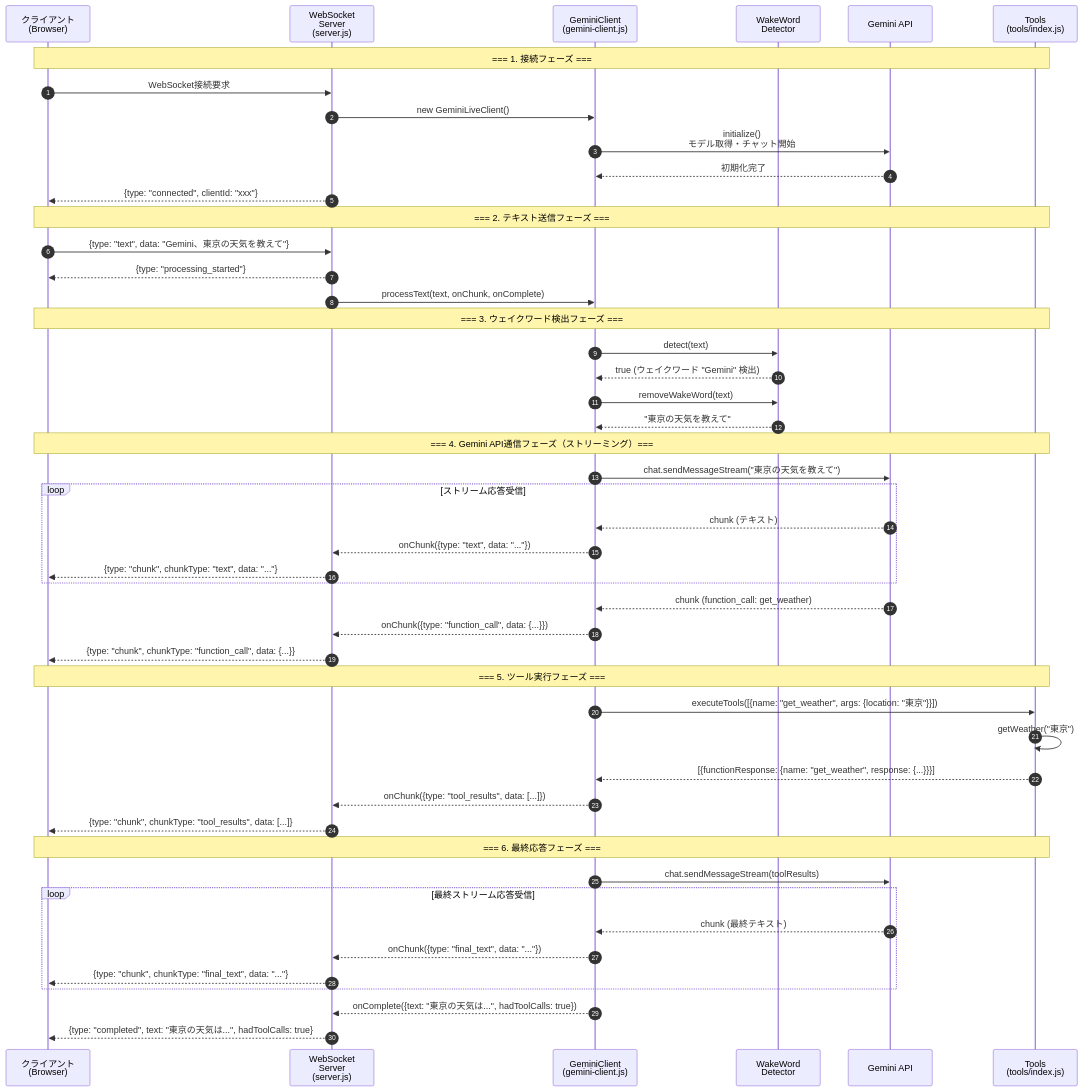
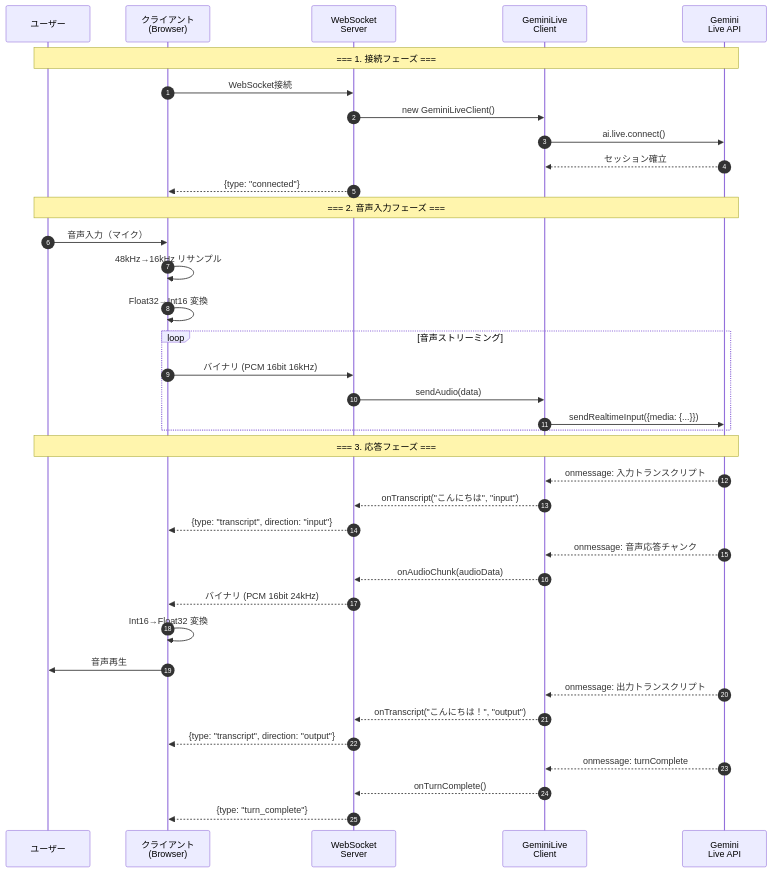
The first of 2 diagrams in voice-recognition-server/README.md (o0-sheeefk-0o/gemini-live-api-test), drawn with Mermaid before and after one commit. The commit also changed other lines of this file and 4 other files, not shown here.

Commit message:
gemini live implemented

````diff
--- a/voice-recognition-server/README.md
+++ b/voice-recognition-server/README.md
@@ -81,60 +74,46 @@
 ```mermaid
 sequenceDiagram
     autonumber
+    participant U as ユーザー
     participant C as クライアント<br/>(Browser)
-    participant WS as WebSocket<br/>Server<br/>(server.js)
-    participant GC as GeminiClient<br/>(gemini-client.js)
-    participant WD as WakeWord<br/>Detector
-    participant GA as Gemini API
-    participant T as Tools<br/>(tools/index.js)
+    participant WS as WebSocket<br/>Server
+    participant GC as GeminiLive<br/>Client
+    participant GA as Gemini<br/>Live API
 
-    Note over C,T: === 1. 接続フェーズ ===
-    C->>WS: WebSocket接続要求
+    Note over U,GA: === 1. 接続フェーズ ===
+    C->>WS: WebSocket接続
     WS->>GC: new GeminiLiveClient()
-    GC->>GA: initialize()<br/>モデル取得・チャット開始
-    GA-->>GC: 初期化完了
-    WS-->>C: {type: "connected", clientId: "xxx"}
+    GC->>GA: ai.live.connect()
+    GA-->>GC: セッション確立
+    WS-->>C: {type: "connected"}
 
-    Note over C,T: === 2. テキスト送信フェーズ ===
-    C->>WS: {type: "text", data: "Gemini、東京の天気を教えて"}
-    WS-->>C: {type: "processing_started"}
-    WS->>GC: processText(text, onChunk, onComplete)
+    Note over U,GA: === 2. 音声入力フェーズ ===
+    U->>C: 音声入力（マイク）
+    C->>C: 48kHz→16kHz リサンプル
+    C->>C: Float32→Int16 変換
 
-    Note over C,T: === 3. ウェイクワード検出フェーズ ===
-    GC->>WD: detect(text)
-    WD-->>GC: true (ウェイクワード "Gemini" 検出)
-    GC->>WD: removeWakeWord(text)
-    WD-->>GC: "東京の天気を教えて"
-
-    Note over C,T: === 4. Gemini API通信フェーズ（ストリーミング）===
-    GC->>GA: chat.sendMessageStream("東京の天気を教えて")
-
-    loop ストリーム応答受信
-        GA-->>GC: chunk (テキスト)
-        GC-->>WS: onChunk({type: "text", data: "..."})
-        WS-->>C: {type: "chunk", chunkType: "text", data: "..."}
+    loop 音声ストリーミング
+        C->>WS: バイナリ (PCM 16bit 16kHz)
+        WS->>GC: sendAudio(data)
+        GC->>GA: sendRealtimeInput({media: {...}})
     end
 
-    GA-->>GC: chunk (function_call: get_weather)
-    GC-->>WS: onChunk({type: "function_call", data: {...}})
-    WS-->>C: {type: "chunk", chunkType: "function_call", data: {...}}
+    Note over U,GA: === 3. 応答フェーズ ===
+    GA-->>GC: onmessage: 入力トランスクリプト
+    GC-->>WS: onTranscript("こんにちは", "input")
+    WS-->>C: {type: "transcript", direction: "input"}
 
-    Note over C,T: === 5. ツール実行フェーズ ===
-    GC->>T: executeTools([{name: "get_weather", args: {location: "東京"}}])
-    T->>T: getWeather("東京")
-    T-->>GC: [{functionResponse: {name: "get_weather", response: {...}}}]
-    GC-->>WS: onChunk({type: "tool_results", data: [...]})
-    WS-->>C: {type: "chunk", chunkType: "tool_results", data: [...]}
+    GA-->>GC: onmessage: 音声応答チャンク
+    GC-->>WS: onAudioChunk(audioData)
+    WS-->>C: バイナリ (PCM 16bit 24kHz)
+    C->>C: Int16→Float32 変換
+    C->>U: 音声再生
 
-    Note over C,T: === 6. 最終応答フェーズ ===
-    GC->>GA: chat.sendMessageStream(toolResults)
+    GA-->>GC: onmessage: 出力トランスクリプト
+    GC-->>WS: onTranscript("こんにちは！", "output")
+    WS-->>C: {type: "transcript", direction: "output"}
 
-    loop 最終ストリーム応答受信
-        GA-->>GC: chunk (最終テキスト)
-        GC-->>WS: onChunk({type: "final_text", data: "..."})
-        WS-->>C: {type: "chunk", chunkType: "final_text", data: "..."}
-    end
-
-    GC-->>WS: onComplete({text: "東京の天気は...", hadToolCalls: true})
-    WS-->>C: {type: "completed", text: "東京の天気は...", hadToolCalls: true}
+    GA-->>GC: onmessage: turnComplete
+    GC-->>WS: onTurnComplete()
+    WS-->>C: {type: "turn_complete"}
 ```
````
